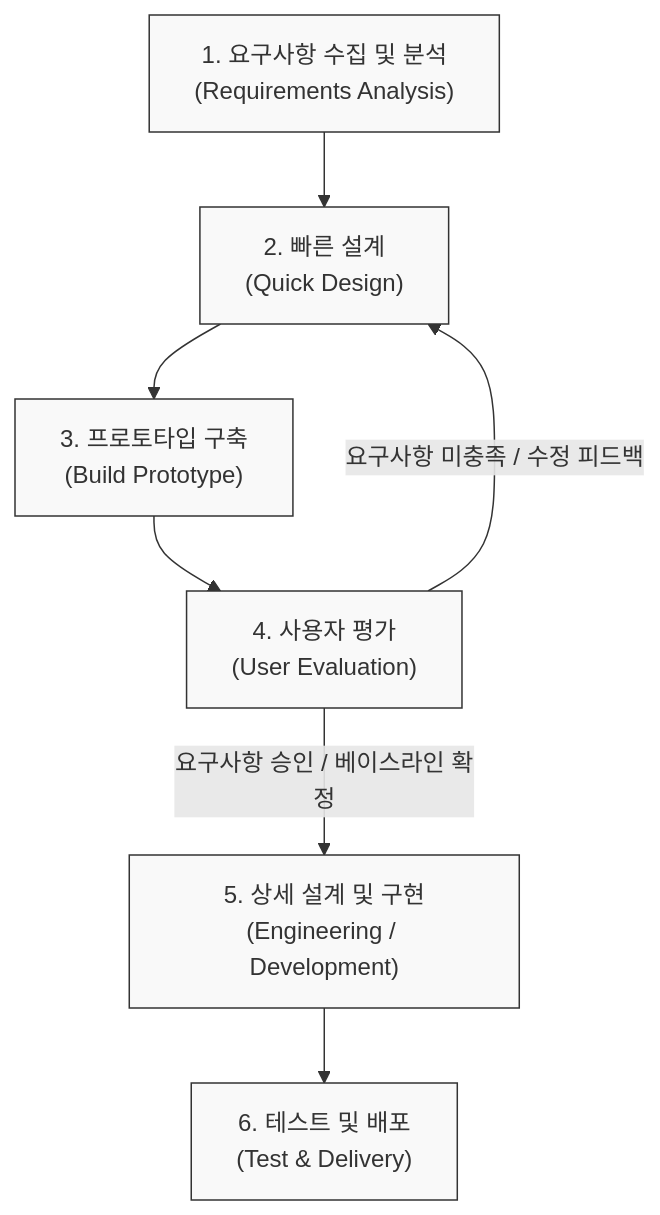
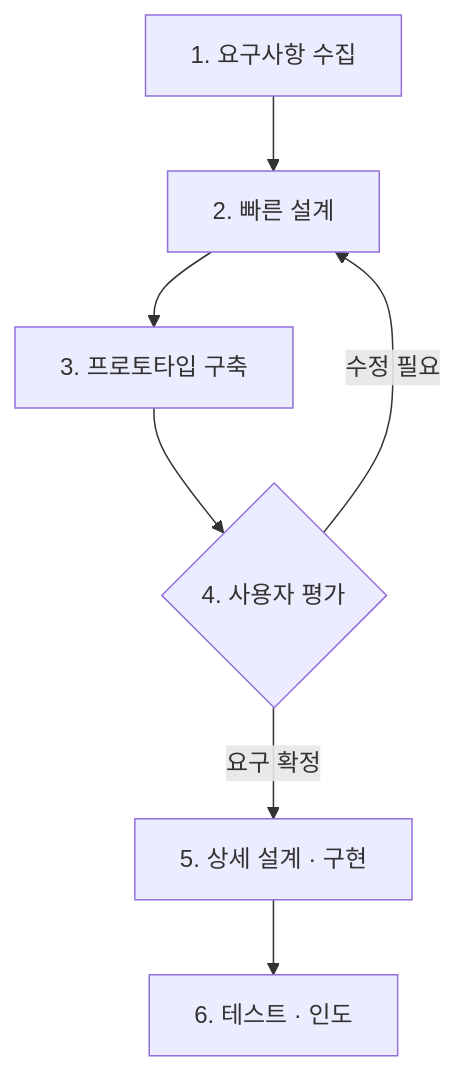
Before and after one commit to supremethumb/supremethumb.github.io: the diagram in content/01_IT Tech/프로토타이핑 모델.md, drawn with Mermaid. The commit also changed other lines of this file and 1087 other files, not shown here.

````diff
--- a/content/01_IT Tech/프로토타이핑 모델.md
+++ b/content/01_IT Tech/프로토타이핑 모델.md
@@ -27,16 +35,9 @@
 ```mermaid
 flowchart TD
-    Req["1. 요구사항 수집 및 분석<br/>(Requirements Analysis)"] --> QuickDesign["2. 빠른 설계<br/>(Quick Design)"]
-    QuickDesign --> Build["3. 프로토타입 구축<br/>(Build Prototype)"]
-    Build --> Eval["4. 사용자 평가<br/>(User Evaluation)"]
-    
-    Eval -->|요구사항 미충족 / 수정 피드백| QuickDesign
-    Eval -->|요구사항 승인 / 베이스라인 확정| Refine["5. 상세 설계 및 구현<br/>(Engineering / Development)"]
-    
-    Refine --> Test["6. 테스트 및 배포<br/>(Test & Delivery)"]
-    
-    %% 스타일링
-    classDef process fill:#f9f9f9,stroke:#333,stroke-width:1px;
-    class Req,QuickDesign,Build,Eval,Refine,Test process;
-
+    REQ["1. 요구사항 수집"] --> QD["2. 빠른 설계"]
+    QD --> BU["3. 프로토타입 구축"]
+    BU --> EV{"4. 사용자 평가"}
+    EV -- "수정 필요" --> QD
+    EV -- "요구 확정" --> ENG["5. 상세 설계 · 구현"]
+    ENG --> TD["6. 테스트 · 인도"]
 ```
````
